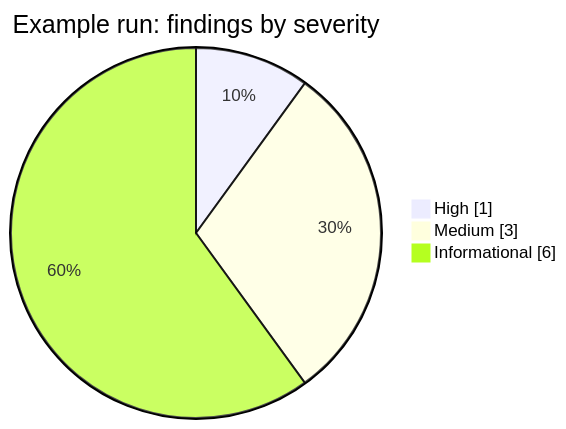
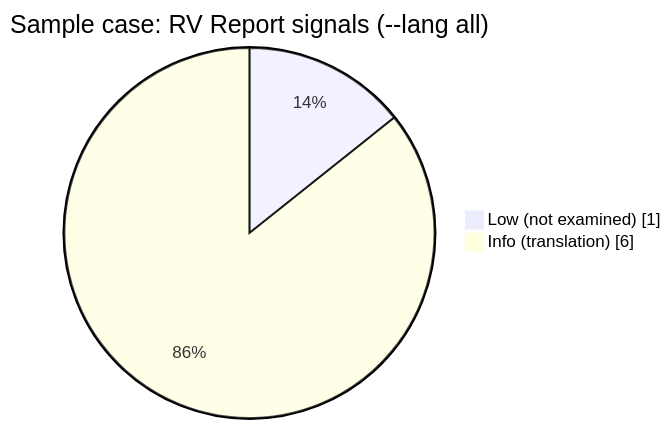
The second of 2 diagrams in docs/reports.md (Panacota96/rv-report), drawn with Mermaid before and after one commit. The commit also changed other lines of this file and 240 other files, not shown here.

First line of the commit message:
feat: RV Report v0.1 — expert report assembled from a verified case (#7)

````diff
--- a/docs/reports.md
+++ b/docs/reports.md
@@ -49,7 +69,6 @@
 ```mermaid
 pie showData
-    title Example run: findings by severity
-    "High" : 1
-    "Medium" : 3
-    "Informational" : 6
+    title Sample case: RV Report signals (--lang all)
+    "Low (not examined)" : 1
+    "Info (translation)" : 6
 ```
````
